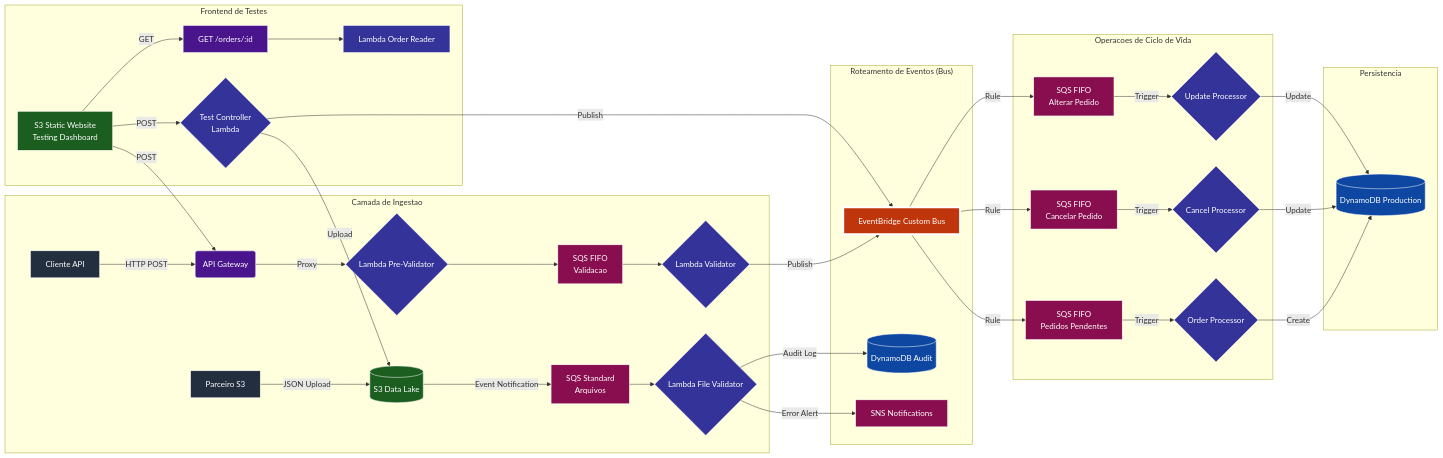
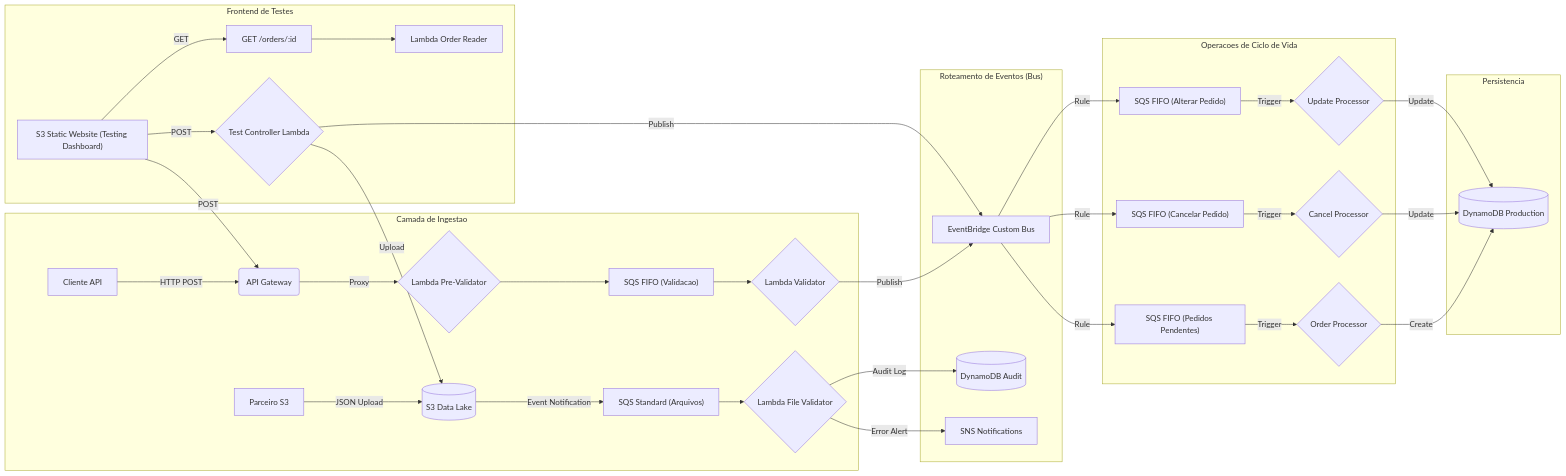
The diagram in README.md (DessimA/aws-serverless-order-management), drawn with Mermaid before and after one commit.

Commit message:
fix: replace graph LR with flowchart, remove <br/> and style blocks in mermaid diagram

````diff
--- a/README.md
+++ b/README.md
@@ -17,65 +17,40 @@
 ```mermaid
-graph LR
+flowchart LR
     subgraph "Camada de Ingestao"
-        A[Cliente API] -- HTTP POST --> B(API Gateway)
-        B -- Proxy --> C{Lambda Pre-Validator}
-        C --> D[SQS FIFO<br/>Validacao]
-        D --> E{Lambda Validator}
-        F[Parceiro S3] -- JSON Upload --> G[(S3 Data Lake)]
-        G -- Event Notification --> H[SQS Standard<br/>Arquivos]
-        H --> I{Lambda File Validator}
+        A["Cliente API"] -- "HTTP POST" --> B("API Gateway")
+        B -- "Proxy" --> C{"Lambda Pre-Validator"}
+        C --> D["SQS FIFO (Validacao)"]
+        D --> E{"Lambda Validator"}
+        F["Parceiro S3"] -- "JSON Upload" --> G[("S3 Data Lake")]
+        G -- "Event Notification" --> H["SQS Standard (Arquivos)"]
+        H --> I{"Lambda File Validator"}
     end
 
     subgraph "Roteamento de Eventos (Bus)"
-        E -- Publish --> J[EventBridge Custom Bus]
-        I -- Audit Log --> K[(DynamoDB Audit)]
-        I -- Error Alert --> L[SNS Notifications]
+        E -- "Publish" --> J["EventBridge Custom Bus"]
+        I -- "Audit Log" --> K[("DynamoDB Audit")]
+        I -- "Error Alert" --> L["SNS Notifications"]
     end
 
     subgraph "Operacoes de Ciclo de Vida"
-        J -- Rule --> M[SQS FIFO<br/>Pedidos Pendentes] -- Trigger --> N{Order Processor}
-        J -- Rule --> O[SQS FIFO<br/>Cancelar Pedido] -- Trigger --> P{Cancel Processor}
-        J -- Rule --> Q[SQS FIFO<br/>Alterar Pedido] -- Trigger --> R{Update Processor}
+        J -- "Rule" --> M["SQS FIFO (Pedidos Pendentes)"] -- "Trigger" --> N{"Order Processor"}
+        J -- "Rule" --> O["SQS FIFO (Cancelar Pedido)"] -- "Trigger" --> P{"Cancel Processor"}
+        J -- "Rule" --> Q["SQS FIFO (Alterar Pedido)"] -- "Trigger" --> R{"Update Processor"}
     end
 
     subgraph "Persistencia"
-        N -- Create --> S[(DynamoDB Production)]
-        P -- Update --> S
-        R -- Update --> S
+        N -- "Create" --> S[("DynamoDB Production")]
+        P -- "Update" --> S
+        R -- "Update" --> S
     end
 
     subgraph "Frontend de Testes"
-        T[S3 Static Website<br/>Testing Dashboard]
-        T -- POST --> B
-        T -- POST --> X{Test Controller<br/>Lambda}
-        T -- GET --> Y[GET /orders/:id]
-        Y --> V[Lambda Order Reader]
-        X -- Publish --> J
-        X -- Upload --> G
+        T["S3 Static Website (Testing Dashboard)"]
+        T -- "POST" --> B
+        T -- "POST" --> X{"Test Controller Lambda"}
+        T -- "GET" --> Y["GET /orders/:id"]
+        Y --> V["Lambda Order Reader"]
+        X -- "Publish" --> J
+        X -- "Upload" --> G
     end
-
-    %% Estilizacao para alto contraste (Fonte Branca)
-    style A fill:#232F3E,stroke:#fff,color:#fff
-    style B fill:#4A148C,stroke:#fff,color:#fff
-    style C fill:#333399,stroke:#fff,color:#fff
-    style D fill:#880E4F,stroke:#fff,color:#fff
-    style E fill:#333399,stroke:#fff,color:#fff
-    style F fill:#232F3E,stroke:#fff,color:#fff
-    style G fill:#1B5E20,stroke:#fff,color:#fff
-    style H fill:#880E4F,stroke:#fff,color:#fff
-    style I fill:#333399,stroke:#fff,color:#fff
-    style J fill:#BF360C,stroke:#fff,stroke-width:4px,color:#fff
-    style K fill:#0D47A1,stroke:#fff,color:#fff
-    style L fill:#880E4F,stroke:#fff,color:#fff
-    style M fill:#880E4F,stroke:#fff,color:#fff
-    style N fill:#333399,stroke:#fff,color:#fff
-    style O fill:#880E4F,stroke:#fff,color:#fff
-    style P fill:#333399,stroke:#fff,color:#fff
-    style Q fill:#880E4F,stroke:#fff,color:#fff
-    style R fill:#333399,stroke:#fff,color:#fff
-    style S fill:#0D47A1,stroke:#fff,color:#fff
-    style T fill:#1B5E20,stroke:#fff,color:#fff
-    style X fill:#333399,stroke:#fff,color:#fff
-    style Y fill:#4A148C,stroke:#fff,color:#fff
-    style V fill:#333399,stroke:#fff,color:#fff
 ```
````
